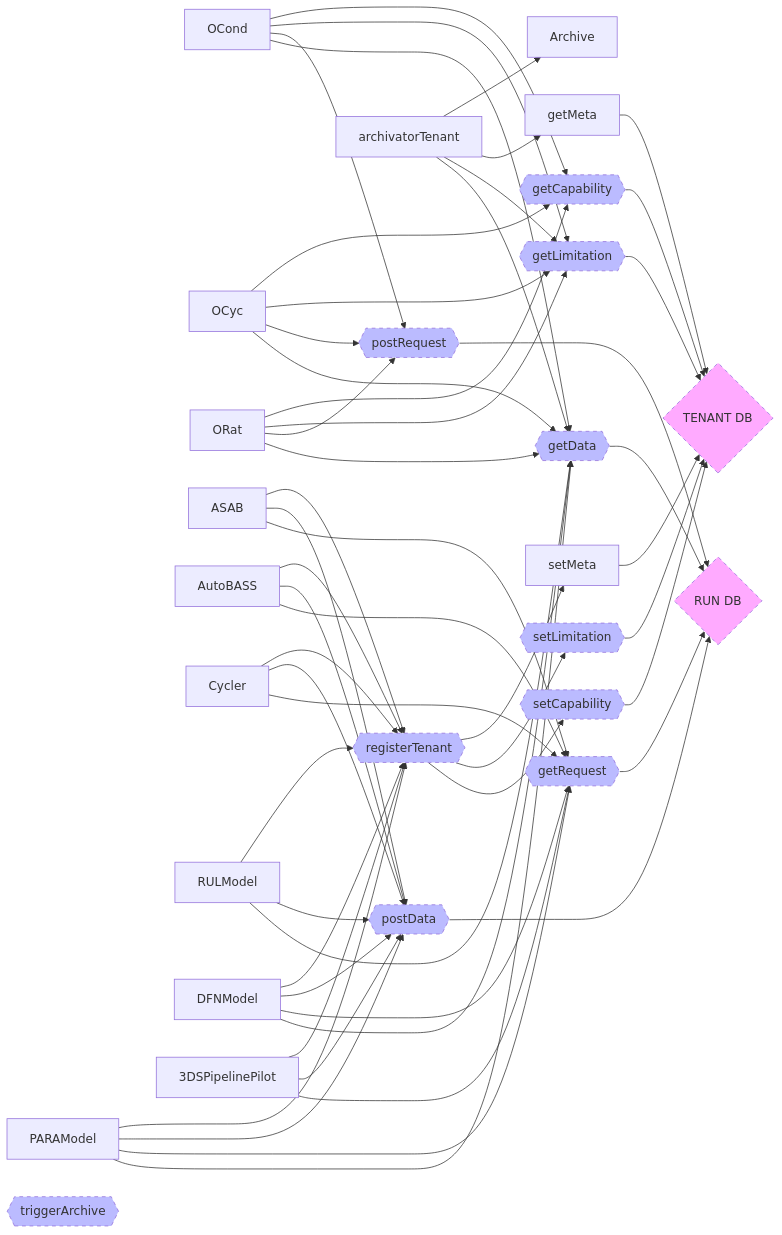
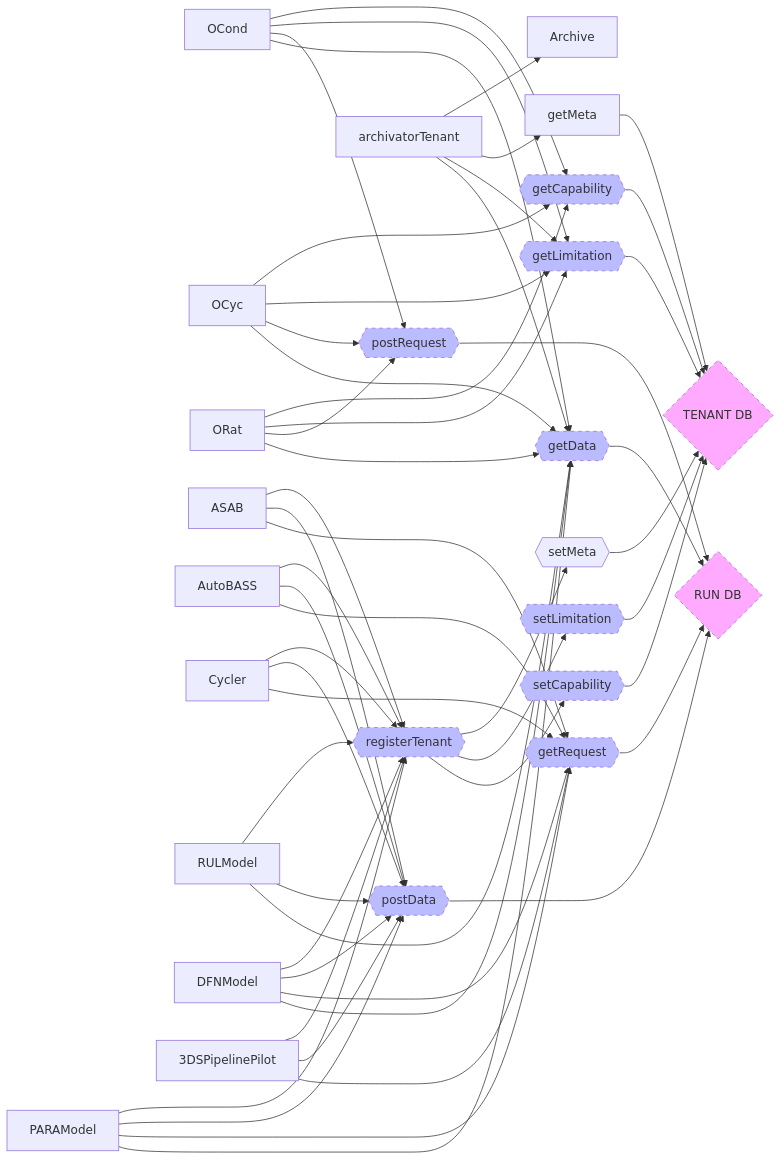
Before and after one commit to BIG-MAP/FINALES2: the second of 2 diagrams in flows.md, drawn with Mermaid.

```diff
--- a/flows.md
+++ b/flows.md
@@ -80,9 +80,6 @@
     getData{{getData}}
     style getData fill:#bbf,postRequest stroke-width:2px,stroke-dasharray: 5 5
 
-    triggerArchive{{triggerArchive}}
-    style triggerArchive fill:#bbf,postRequest stroke-width:2px,stroke-dasharray: 5 5
-
     registerTenant{{registerTenant}}
     style registerTenant fill:#bbf,postRequest stroke-width:2px,stroke-dasharray: 5 5
 
@@ -96,6 +93,9 @@
     style setCapability fill:#bbf,postRequest stroke-width:2px,stroke-dasharray: 5 5
 
     setLimitation{{setLimitation}}
+    style setLimitation fill:#bbf,postRequest stroke-width:2px,stroke-dasharray: 5 5
+
+    setMeta{{setMeta}}
     style setLimitation fill:#bbf,postRequest stroke-width:2px,stroke-dasharray: 5 5
 
     TEN-DB{TENANT DB}
```
